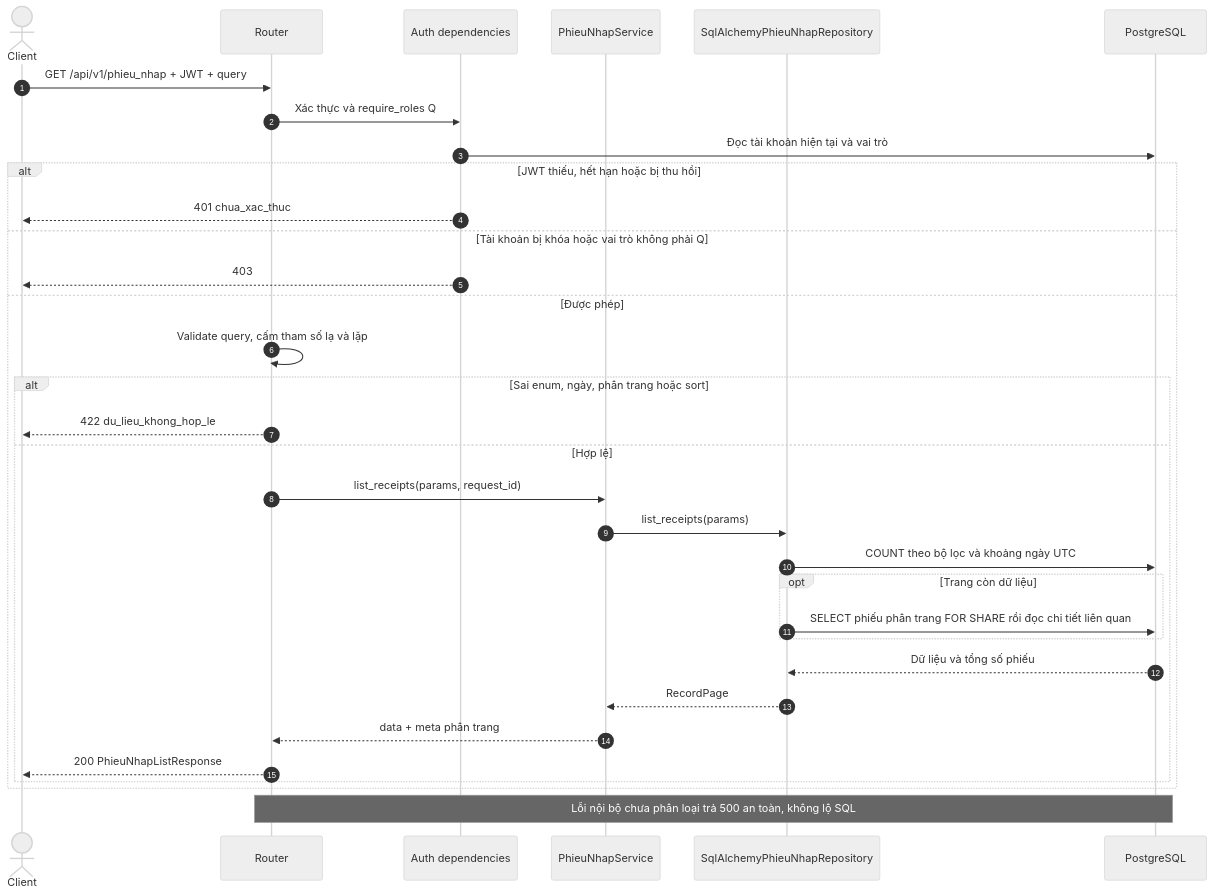
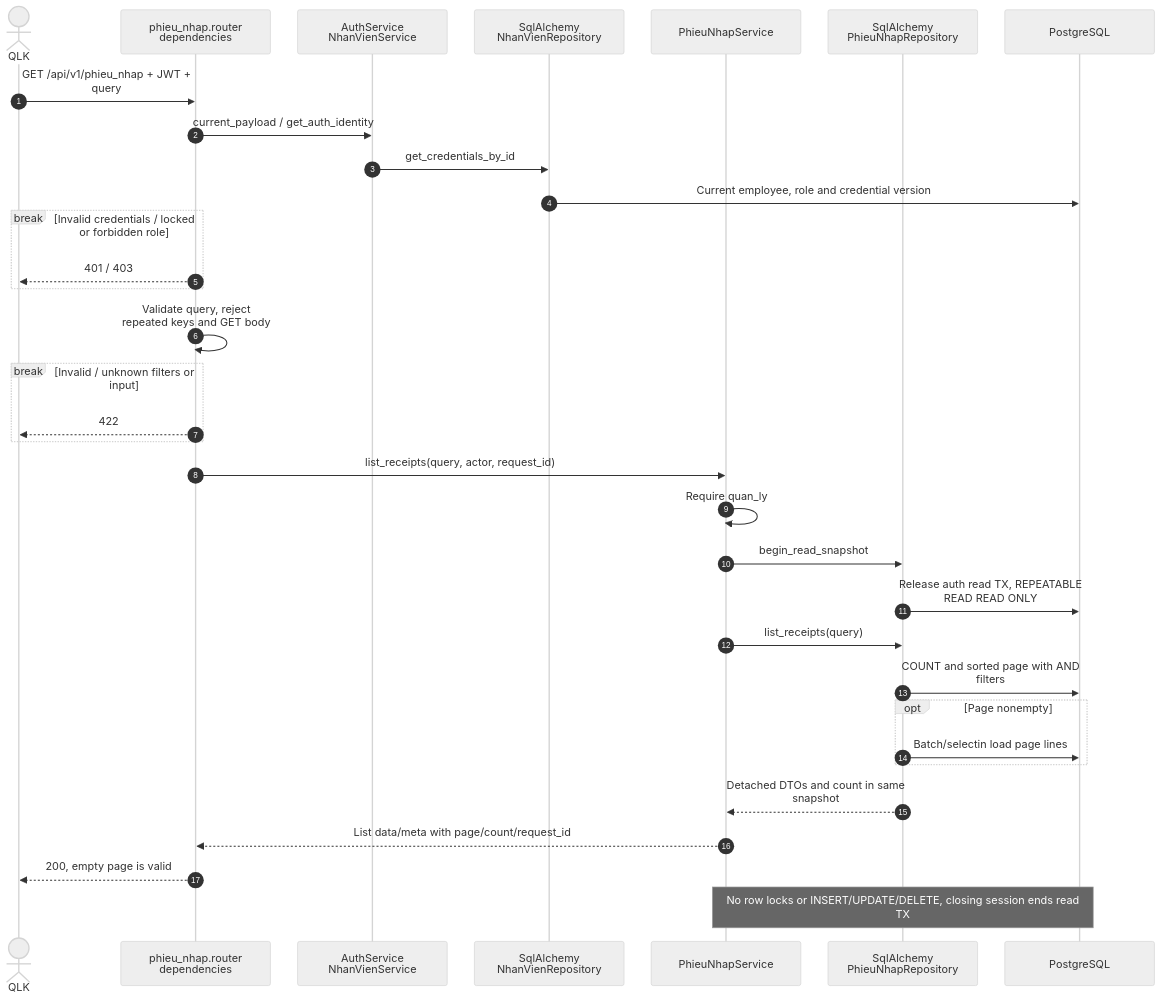
The first of 6 diagrams in docs/sequence/phieu_nhap.md (thanhklt/xbike-mrp-system), drawn with Mermaid (neutral theme) before and after one commit. The commit also changed other lines of this file and 30 other files, not shown here.

Commit message:
feat(phieu-nhap): triển khai UC-20 -> UC-22 theo data model v4

````diff
--- a/docs/sequence/phieu_nhap.md
+++ b/docs/sequence/phieu_nhap.md
@@ -52,35 +40,36 @@
 ```mermaid
+%%{init: {"sequence": {"width": 220, "wrap": true, "actorMargin": 40}}}%%
 sequenceDiagram
     autonumber
-    actor C as Client
-    participant R as Router
-    participant D as Auth dependencies
+    actor C as QLK
+    participant R as phieu_nhap.router<br/>dependencies
+    participant A as AuthService<br/>NhanVienService
+    participant N as SqlAlchemy<br/>NhanVienRepository
     participant S as PhieuNhapService
-    participant P as SqlAlchemyPhieuNhapRepository
+    participant P as SqlAlchemy<br/>PhieuNhapRepository
     participant DB as PostgreSQL
     C->>R: GET /api/v1/phieu_nhap + JWT + query
-    R->>D: Xác thực và require_roles Q
-    D->>DB: Đọc tài khoản hiện tại và vai trò
-    alt JWT thiếu, hết hạn hoặc bị thu hồi
-        D-->>C: 401 chua_xac_thuc
-    else Tài khoản bị khóa hoặc vai trò không phải Q
-        D-->>C: 403
-    else Được phép
-        R->>R: Validate query, cấm tham số lạ và lặp
-        alt Sai enum, ngày, phân trang hoặc sort
-            R-->>C: 422 du_lieu_khong_hop_le
-        else Hợp lệ
-            R->>S: list_receipts(params, request_id)
-            S->>P: list_receipts(params)
-            P->>DB: COUNT theo bộ lọc và khoảng ngày UTC
-            opt Trang còn dữ liệu
-                P->>DB: SELECT phiếu phân trang FOR SHARE rồi đọc chi tiết liên quan
-            end
-            DB-->>P: Dữ liệu và tổng số phiếu
-            P-->>S: RecordPage
-            S-->>R: data + meta phân trang
-            R-->>C: 200 PhieuNhapListResponse
-        end
+    R->>A: current_payload / get_auth_identity
+    A->>N: get_credentials_by_id
+    N->>DB: Current employee, role and credential version
+    break Invalid credentials / locked or forbidden role
+        R-->>C: 401 / 403
     end
-    Note over R,DB: Lỗi nội bộ chưa phân loại trả 500 an toàn, không lộ SQL
+    R->>R: Validate query, reject repeated keys and GET body
+    break Invalid / unknown filters or input
+        R-->>C: 422
+    end
+    R->>S: list_receipts(query, actor, request_id)
+    S->>S: Require quan_ly
+    S->>P: begin_read_snapshot
+    P->>DB: Release auth read TX, REPEATABLE READ READ ONLY
+    S->>P: list_receipts(query)
+    P->>DB: COUNT and sorted page with AND filters
+    opt Page nonempty
+        P->>DB: Batch/selectin load page lines
+    end
+    P-->>S: Detached DTOs and count in same snapshot
+    S-->>R: List data/meta with page/count/request_id
+    R-->>C: 200, empty page is valid
+    Note over S,DB: No row locks or INSERT/UPDATE/DELETE, closing session ends read TX
 ```
````
